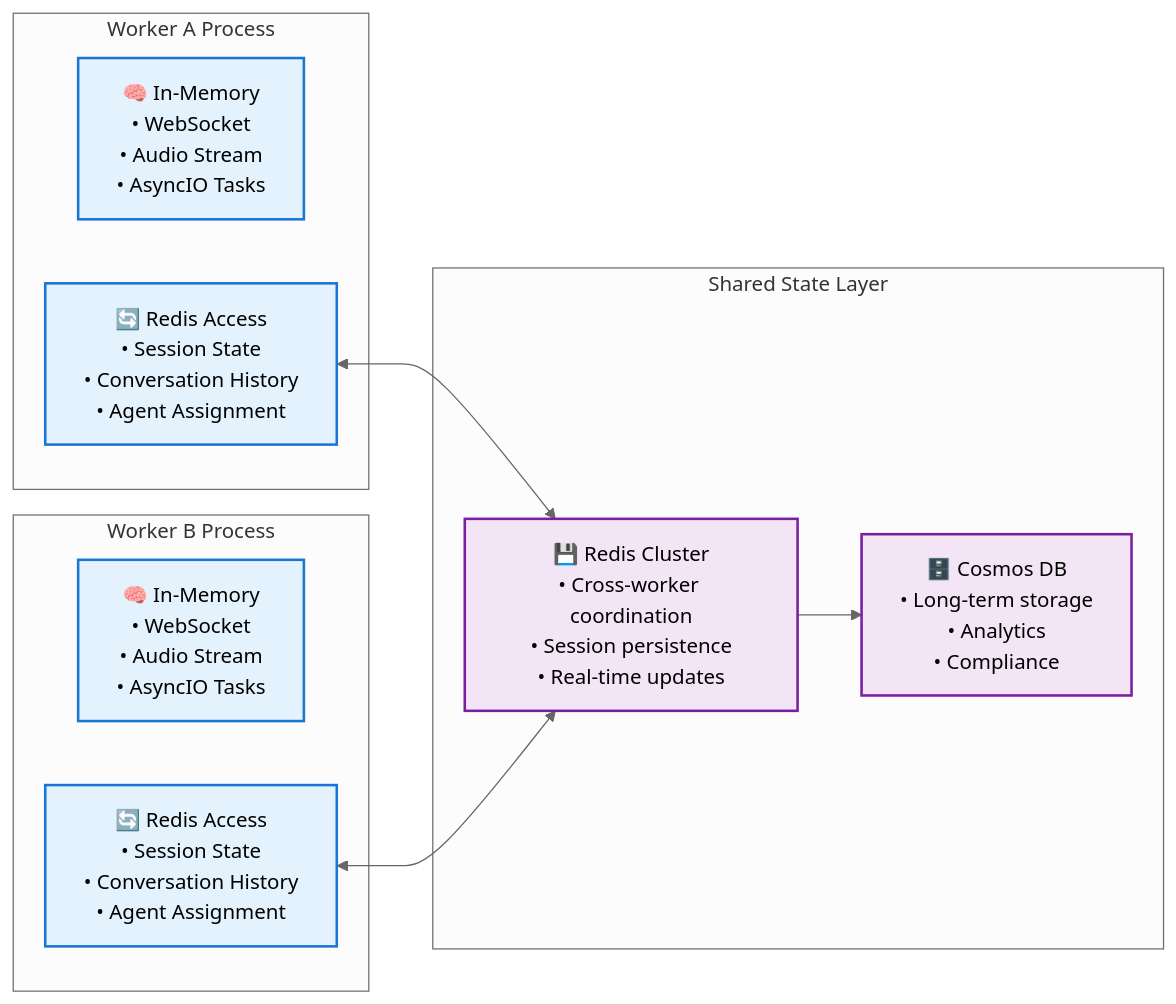
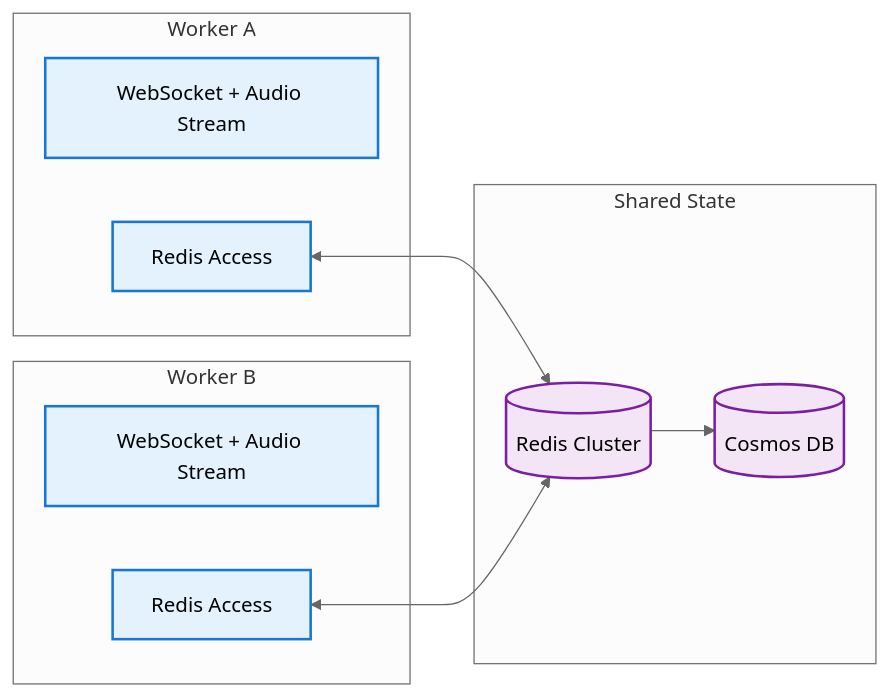
One commit to glavman/art-voice-agent-accelerator changed the third of 3 diagrams in docs/architecture/README.md. Above: the diagram before and after it, drawn with Mermaid (neutral theme). The commit also changed other lines of this file and 7 other files, not shown here.

First line of the commit message:
Enhance documentation and architecture for ACS and LLM integration

````diff
--- a/docs/architecture/README.md
+++ b/docs/architecture/README.md
@@ -685,27 +406,27 @@
 ```mermaid
 graph LR
-    subgraph "Worker A Process"
-        WA_Memory["🧠 In-Memory<br/>• WebSocket<br/>• Audio Stream<br/>• AsyncIO Tasks"]
-        WA_Redis["🔄 Redis Access<br/>• Session State<br/>• Conversation History<br/>• Agent Assignment"]
+    subgraph "Worker A"
+        WA[WebSocket + Audio Stream]
+        WA_R[Redis Access]
     end
     
-    subgraph "Worker B Process"
-        WB_Memory["🧠 In-Memory<br/>• WebSocket<br/>• Audio Stream<br/>• AsyncIO Tasks"]
-        WB_Redis["🔄 Redis Access<br/>• Session State<br/>• Conversation History<br/>• Agent Assignment"]
+    subgraph "Worker B"
+        WB[WebSocket + Audio Stream]
+        WB_R[Redis Access]
     end
     
-    subgraph "Shared State Layer"
-        Redis["💾 Redis Cluster<br/>• Cross-worker coordination<br/>• Session persistence<br/>• Real-time updates"]
-        Cosmos["🗄️ Cosmos DB<br/>• Long-term storage<br/>• Analytics<br/>• Compliance"]
+    subgraph "Shared State"
+        Redis[(Redis Cluster)]
+        Cosmos[(Cosmos DB)]
     end
 
-    WA_Redis <--> Redis
-    WB_Redis <--> Redis
+    WA_R <--> Redis
+    WB_R <--> Redis
     Redis --> Cosmos
     
     classDef worker fill:#e3f2fd,stroke:#1976d2,stroke-width:2px
     classDef shared fill:#f3e5f5,stroke:#7b1fa2,stroke-width:2px
     
-    class WA_Memory,WB_Memory,WA_Redis,WB_Redis worker
+    class WA,WB,WA_R,WB_R worker
     class Redis,Cosmos shared
 ```
````
